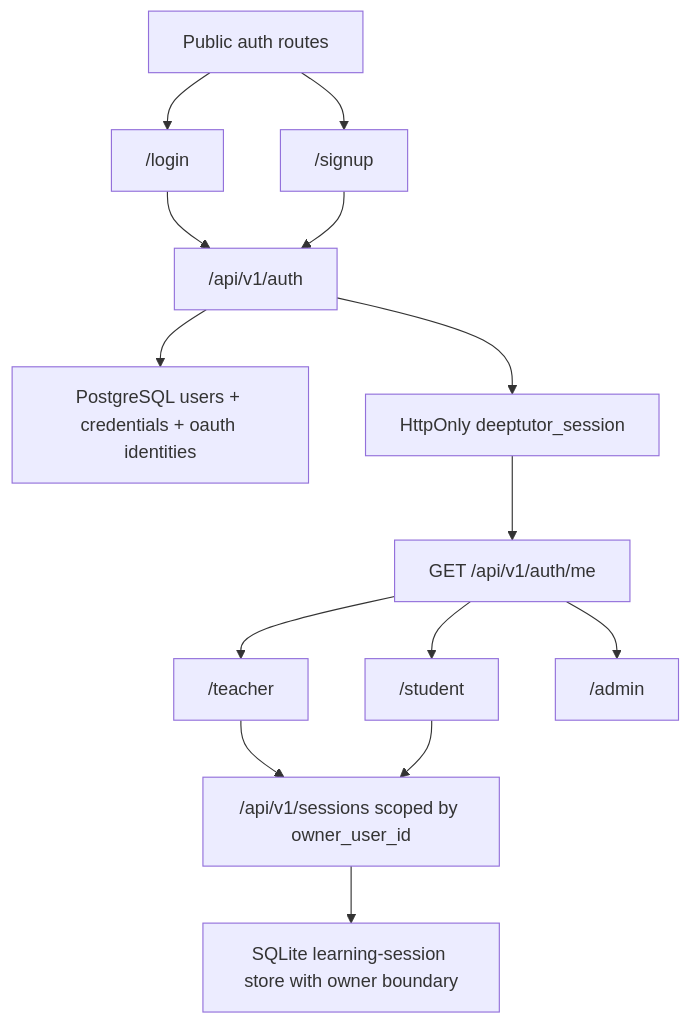
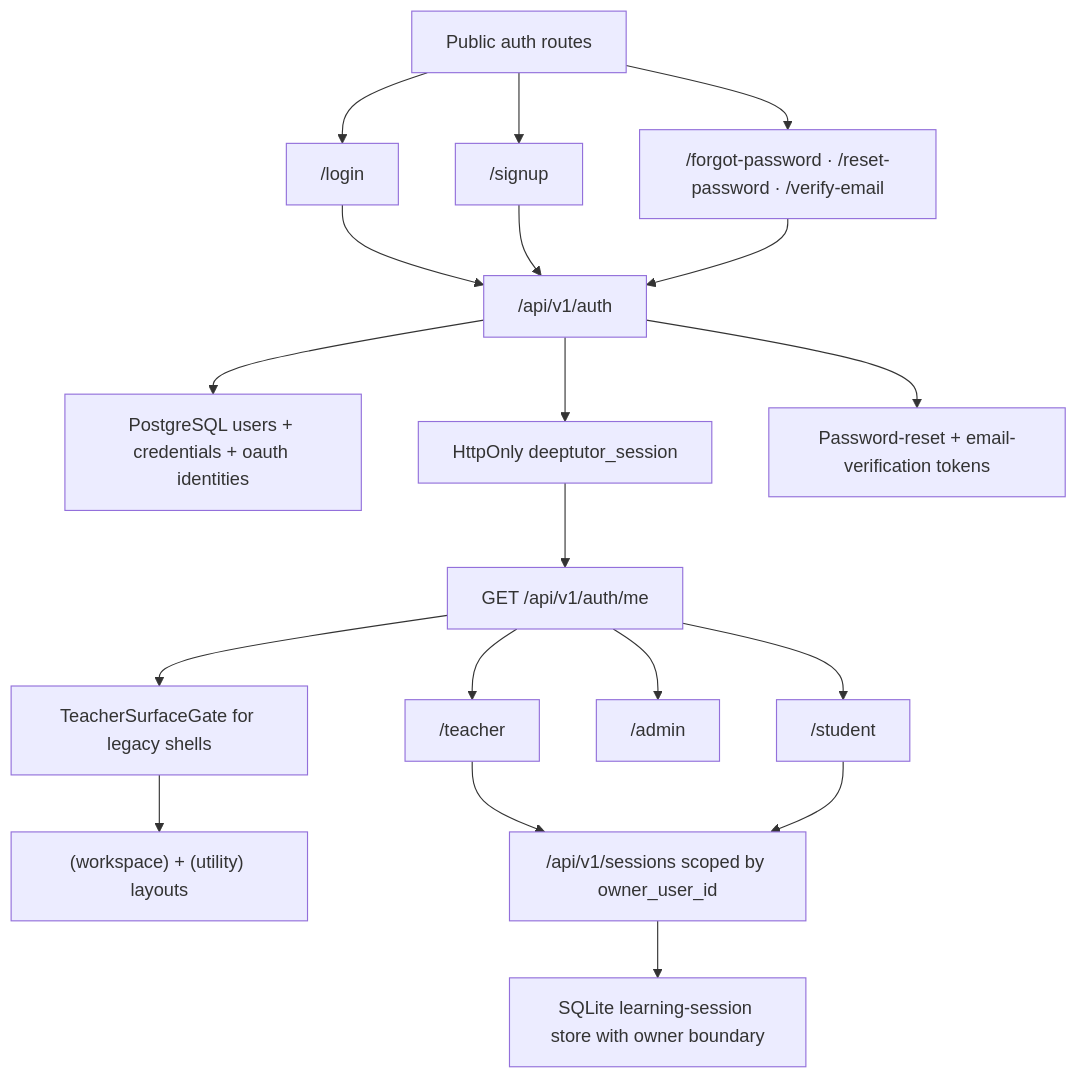
The diagram in docs/superpowers/pr-notes/2026-05-02-auth-multi-user-foundation.md (Creative-Science-Contest-2026/Multiagent-learning-platform), drawn with Mermaid before and after one commit. The commit also changed other lines of this file and 24 other files, not shown here.

Commit message:
feat(auth): add recovery flows and shell gates [AUTH-MULTI-USER]

````diff
--- a/docs/superpowers/pr-notes/2026-05-02-auth-multi-user-foundation.md
+++ b/docs/superpowers/pr-notes/2026-05-02-auth-multi-user-foundation.md
@@ -12,16 +14,21 @@
 ```mermaid
 flowchart TD
   Public["Public auth routes"] --> Signup["/signup"]
   Public --> Login["/login"]
+  Public --> Recovery["/forgot-password · /reset-password · /verify-email"]
   Login --> AuthAPI["/api/v1/auth"]
   Signup --> AuthAPI
+  Recovery --> AuthAPI
   AuthAPI --> Users["PostgreSQL users + credentials + oauth identities"]
   AuthAPI --> Sessions["HttpOnly deeptutor_session"]
+  AuthAPI --> OneTimeTokens["Password-reset + email-verification tokens"]
   Sessions --> Me["GET /api/v1/auth/me"]
   Me --> TeacherShell["/teacher"]
   Me --> StudentShell["/student"]
   Me --> AdminShell["/admin"]
+  Me --> TeacherGate["TeacherSurfaceGate for legacy shells"]
+  TeacherGate --> LegacyShells["(workspace) + (utility) layouts"]
   TeacherShell --> OwnedSessionAPI["/api/v1/sessions scoped by owner_user_id"]
   StudentShell --> OwnedSessionAPI
   OwnedSessionAPI --> SQLiteStore["SQLite learning-session store with owner boundary"]
 ```
````
